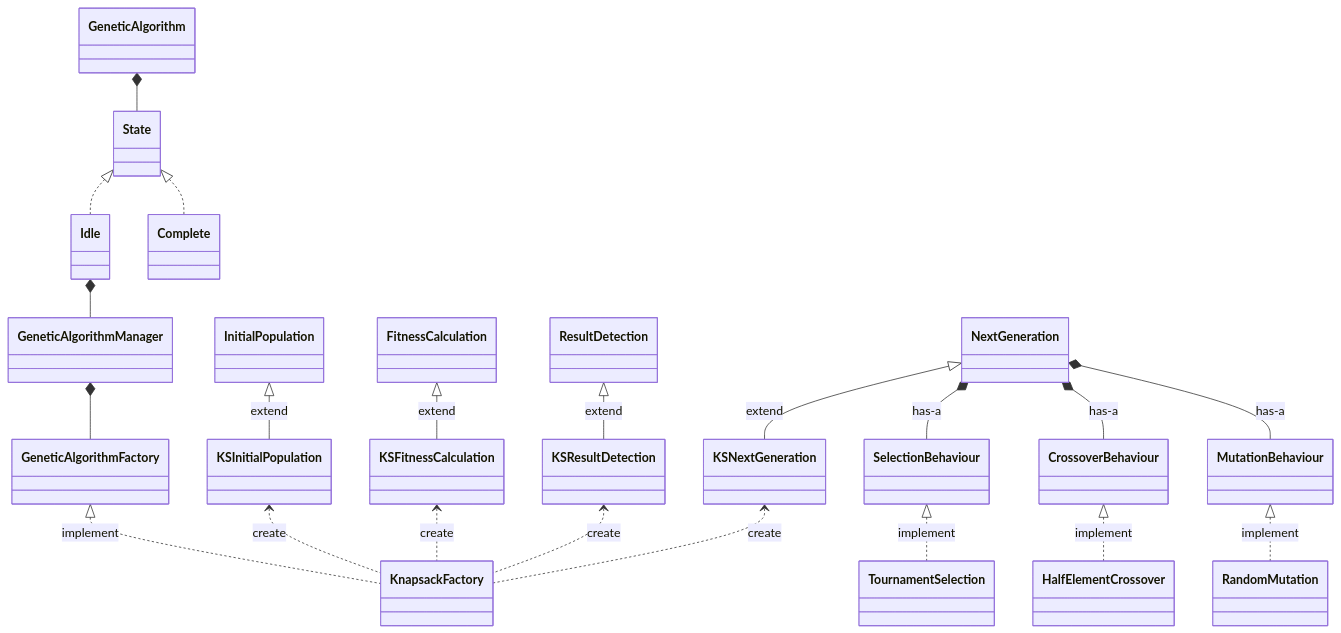
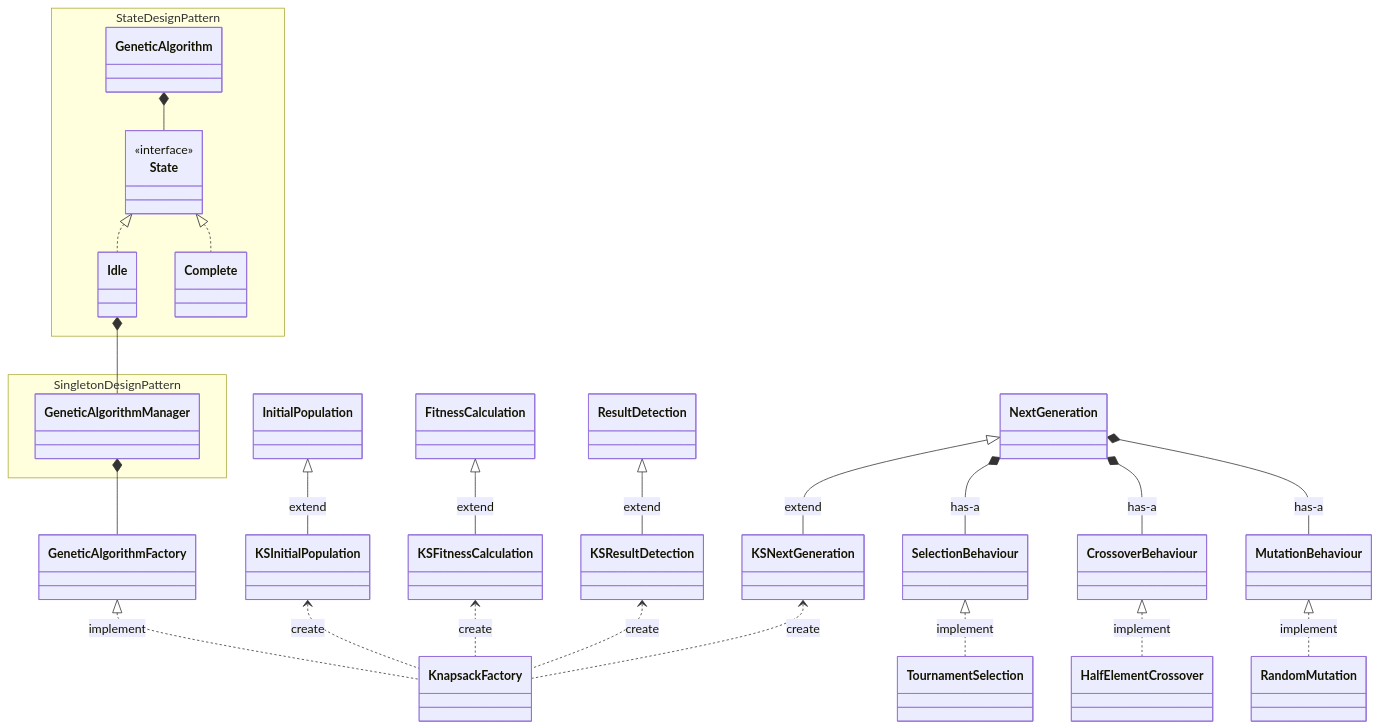
The diagram in systemDesign/classDiagram.md (atagunay/knapsack), drawn with Mermaid before and after one commit.

Commit message:
[improvement] Fix mermaid class diagram

````diff
--- a/systemDesign/classDiagram.md
+++ b/systemDesign/classDiagram.md
@@ -5,23 +5,37 @@
 ```mermaid
 classDiagram
     State <|.. Idle
     State <|.. Complete
     GeneticAlgorithm *-- State
     Idle *-- GeneticAlgorithmManager
     GeneticAlgorithmFactory <|.. KnapsackFactory: implement
     InitialPopulation <|-- KSInitialPopulation: extend
     FitnessCalculation <|-- KSFitnessCalculation: extend
     NextGeneration <|-- KSNextGeneration: extend
     ResultDetection <|-- KSResultDetection: extend
     KSInitialPopulation <.. KnapsackFactory: create
     KSFitnessCalculation <.. KnapsackFactory: create
     KSResultDetection <.. KnapsackFactory: create
     KSNextGeneration <.. KnapsackFactory: create
     GeneticAlgorithmManager *-- GeneticAlgorithmFactory
     NextGeneration *-- SelectionBehaviour: has-a
     NextGeneration *-- CrossoverBehaviour: has-a
     NextGeneration *-- MutationBehaviour: has-a
     MutationBehaviour <|.. RandomMutation: implement
     CrossoverBehaviour <|.. HalfElementCrossover: implement
     SelectionBehaviour <|.. TournamentSelection: implement
+
+    namespace State Design Pattern {
+        class GeneticAlgorithm
+        class Idle
+        class Complete
+
+        class State {
+            <<interface>>
+        }
+    }
+
+    namespace Singleton Design Pattern {
+        class GeneticAlgorithmManager
+    }
 ```
````
